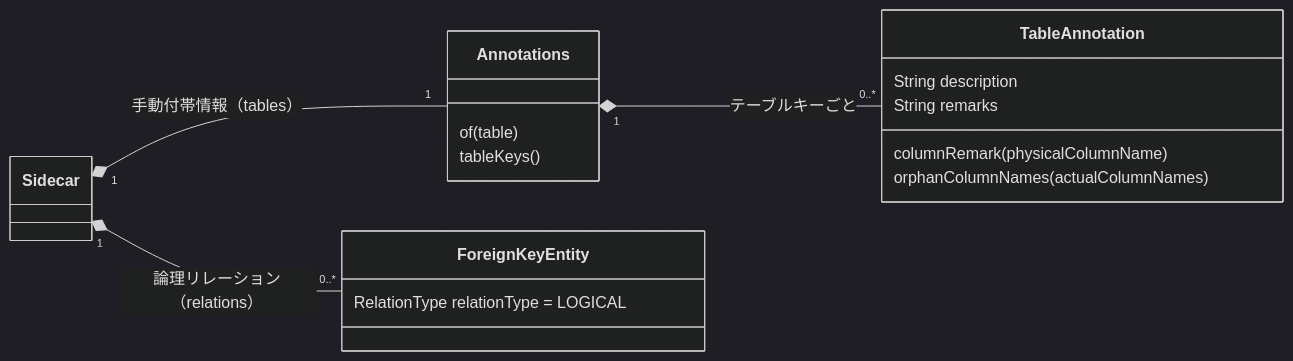
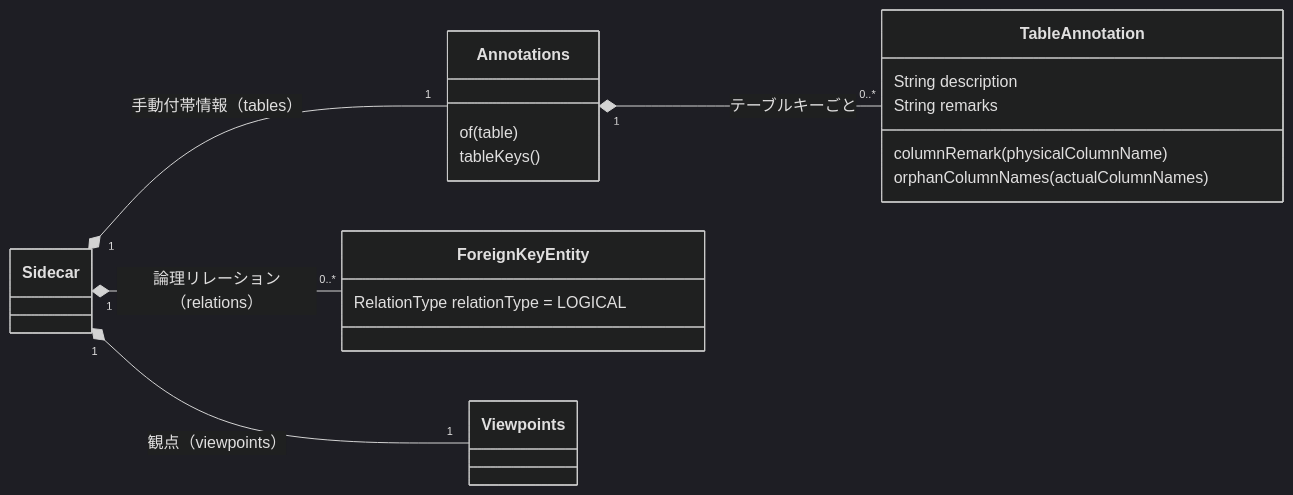
The third of 5 diagrams in docs/architecture/domain-model.md (ebichan88/exportTableDefinition), drawn with Mermaid (dark theme) before and after one commit. The commit also changed other lines of this file and 61 other files, not shown here.

````diff
--- a/docs/architecture/domain-model.md
+++ b/docs/architecture/domain-model.md
@@ -144,22 +149,25 @@
 ```mermaid
 classDiagram
   direction LR
   class Sidecar
   class Annotations {
     of(table)
     tableKeys()
   }
   class TableAnnotation {
     String description
     String remarks
     columnRemark(physicalColumnName)
     orphanColumnNames(actualColumnNames)
   }
   class ForeignKeyEntity {
     RelationType relationType = LOGICAL
   }
 
+  class Viewpoints
+
   Sidecar "1" *-- "1" Annotations : 手動付帯情報（tables）
   Sidecar "1" *-- "0..*" ForeignKeyEntity : 論理リレーション（relations）
+  Sidecar "1" *-- "1" Viewpoints : 観点（viewpoints）
   Annotations "1" *-- "0..*" TableAnnotation : テーブルキーごと
 ```
````
